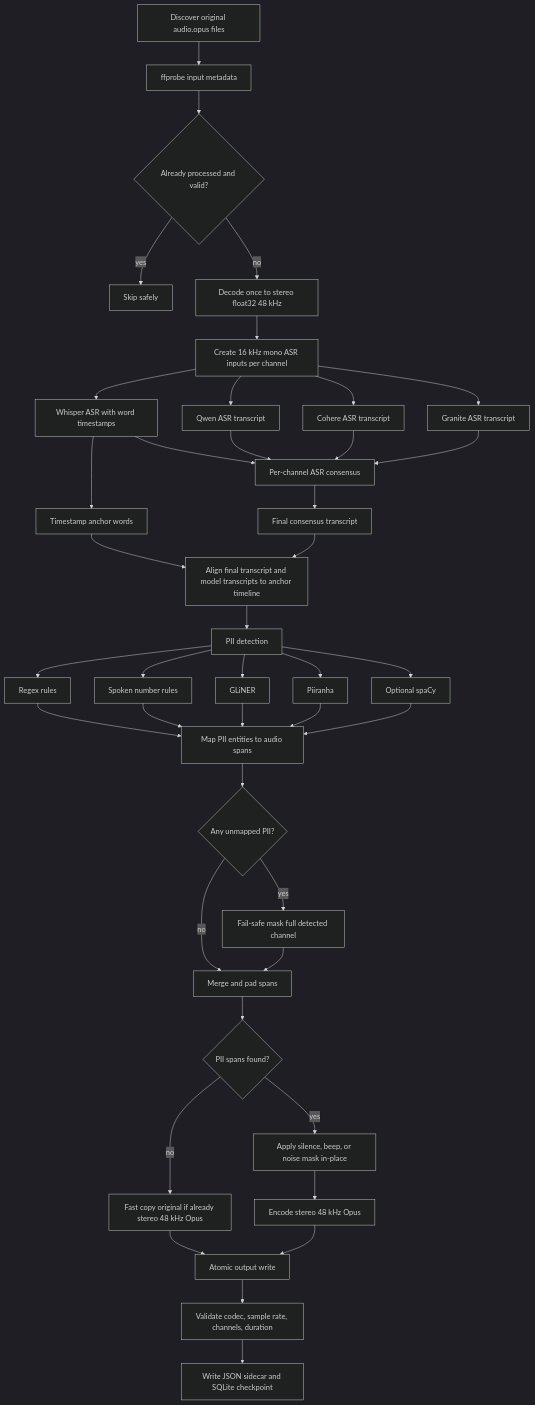
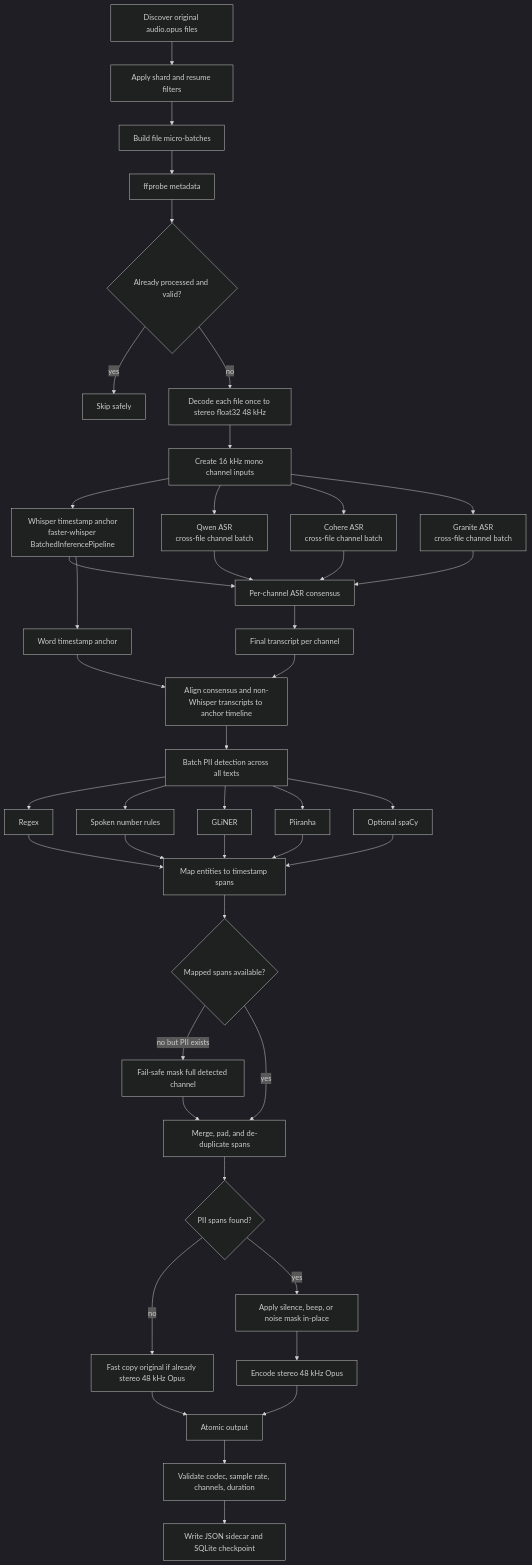
One commit to sabarinathg-cloud/AMC-PII-Mask changed the diagram in README.md. Above: the diagram before and after it, drawn with Mermaid (dark theme). The commit also changed other lines of this file and 11 other files, not shown here.

````diff
--- a/README.md
+++ b/README.md
@@ -23,51 +34,53 @@
 ```mermaid
 flowchart TD
-    A[Discover original audio.opus files] --> B[ffprobe input metadata]
+    A[Discover original audio.opus files] --> A1[Apply shard and resume filters]
+    A1 --> A2[Build file micro-batches]
+    A2 --> B[ffprobe metadata]
     B --> C{Already processed and valid?}
     C -- yes --> Z[Skip safely]
-    C -- no --> D[Decode once to stereo float32 48 kHz]
-    D --> E[Create 16 kHz mono ASR inputs per channel]
+    C -- no --> D[Decode each file once to stereo float32 48 kHz]
+    D --> E[Create 16 kHz mono channel inputs]
 
-    E --> F1[Whisper ASR with word timestamps]
-    E --> F2[Qwen ASR transcript]
-    E --> F3[Cohere ASR transcript]
-    E --> F4[Granite ASR transcript]
+    E --> F1[Whisper timestamp anchor\nfaster-whisper BatchedInferencePipeline]
+    E --> F2[Qwen ASR\ncross-file channel batch]
+    E --> F3[Cohere ASR\ncross-file channel batch]
+    E --> F4[Granite ASR\ncross-file channel batch]
 
     F1 --> G[Per-channel ASR consensus]
     F2 --> G
     F3 --> G
     F4 --> G
 
-    F1 --> H[Timestamp anchor words]
-    G --> I[Final consensus transcript]
-    H --> J[Align final transcript and model transcripts to anchor timeline]
+    G --> H[Final transcript per channel]
+    F1 --> I[Word timestamp anchor]
+    H --> J[Align consensus and non-Whisper transcripts to anchor timeline]
     I --> J
 
-    J --> K[PII detection]
-    K --> K1[Regex rules]
+    J --> K[Batch PII detection across all texts]
+    K --> K1[Regex]
     K --> K2[Spoken number rules]
     K --> K3[GLiNER]
     K --> K4[Piiranha]
     K --> K5[Optional spaCy]
 
-    K1 --> L[Map PII entities to audio spans]
+    K1 --> L[Map entities to timestamp spans]
     K2 --> L
     K3 --> L
     K4 --> L
     K5 --> L
 
-    L --> M{Any unmapped PII?}
-    M -- yes --> N[Fail-safe mask full detected channel]
-    M -- no --> O[Merge and pad spans]
+    L --> M{Mapped spans available?}
+    M -- no but PII exists --> N[Fail-safe mask full detected channel]
+    M -- yes --> O[Merge, pad, and de-duplicate spans]
     N --> O
 
     O --> P{PII spans found?}
     P -- no --> Q[Fast copy original if already stereo 48 kHz Opus]
     P -- yes --> R[Apply silence, beep, or noise mask in-place]
 
-    Q --> S[Atomic output write]
+    Q --> S[Atomic output]
     R --> T[Encode stereo 48 kHz Opus]
     T --> S
     S --> U[Validate codec, sample rate, channels, duration]
     U --> V[Write JSON sidecar and SQLite checkpoint]
 ```
````
